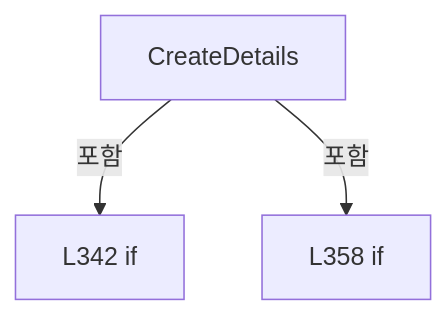
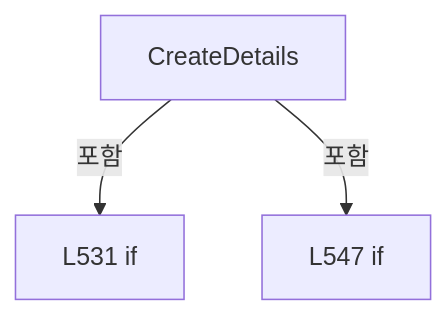
The tenth of 14 diagrams in A3 LD Code Ref/files/Drilling.UI/Menu/Menus/CMenuCorrection.ReviewData.cs.md (kjuws10-rgb/Shared), drawn with Mermaid before and after one commit. The commit also changed other lines of this file and 2071 other files, not shown here.

Commit message:
docs(a3): update 11.19.0 architecture and code reference

````diff
--- a/A3 LD Code Ref/files/Drilling.UI/Menu/Menus/CMenuCorrection.ReviewData.cs.md
+++ b/A3 LD Code Ref/files/Drilling.UI/Menu/Menus/CMenuCorrection.ReviewData.cs.md
@@ -1960,8 +2616,8 @@
 ```mermaid
 flowchart TD
  M["CreateDetails"]
- N0["L342 if"]
+ N0["L531 if"]
  M -->|포함| N0
- N1["L358 if"]
+ N1["L547 if"]
  M -->|포함| N1
 ```
````
